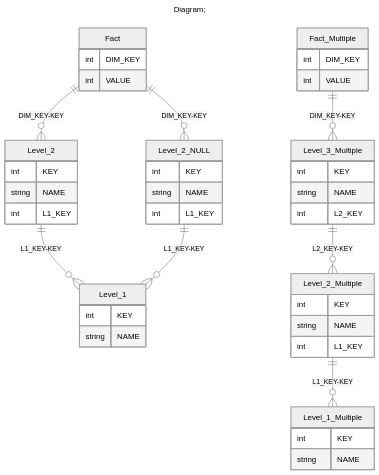
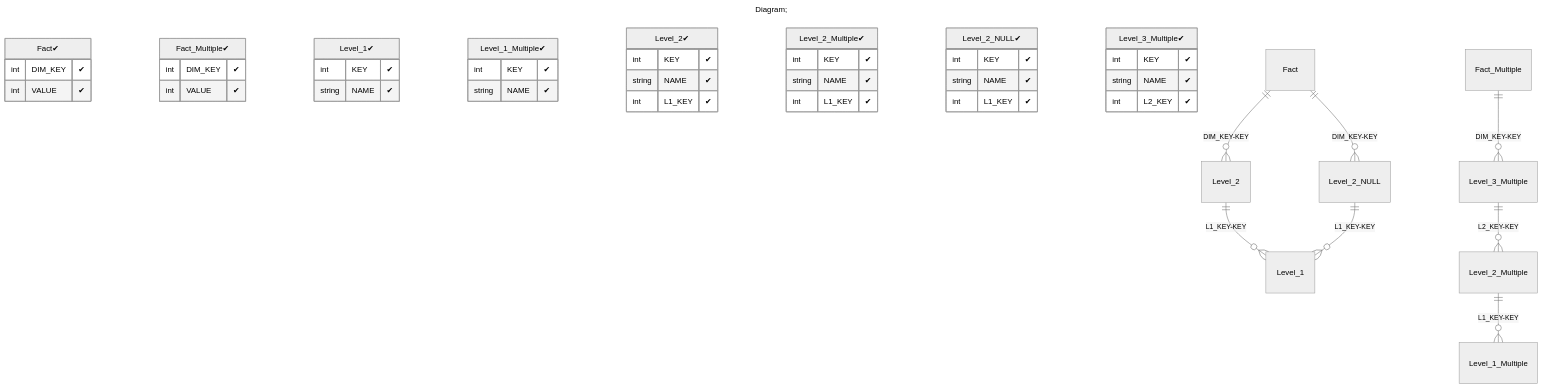
Before and after one commit to xmla-services/workground: the fifth of 5 diagrams in demo/server/catalogs/min_Level_hideMemberIf/README.MD, drawn with Mermaid (neutral theme). The commit also changed 44 other files, not shown here.

Commit message:
tutorials. add flags (positive, negative) in database diagram Signed-off-by: dbulahov <bulahovdenis@gmail.com>

````diff
--- a/demo/server/catalogs/min_Level_hideMemberIf/README.MD
+++ b/demo/server/catalogs/min_Level_hideMemberIf/README.MD
@@ -226,50 +226,50 @@
 ```mermaid
 ---
 title: Diagram;
 ---
 erDiagram
-Fact{
-int DIM_KEY
-int VALUE
+"Fact✔"{
+int DIM_KEY "✔"
+int VALUE "✔"
 }
-Fact_Multiple{
-int DIM_KEY
-int VALUE
+"Fact_Multiple✔"{
+int DIM_KEY "✔"
+int VALUE "✔"
 }
-Level_1{
-int KEY
-string NAME
+"Level_1✔"{
+int KEY "✔"
+string NAME "✔"
 }
-Level_1_Multiple{
-int KEY
-string NAME
+"Level_1_Multiple✔"{
+int KEY "✔"
+string NAME "✔"
 }
-Level_2{
-int KEY
-string NAME
-int L1_KEY
+"Level_2✔"{
+int KEY "✔"
+string NAME "✔"
+int L1_KEY "✔"
 }
-Level_2_Multiple{
-int KEY
-string NAME
-int L1_KEY
+"Level_2_Multiple✔"{
+int KEY "✔"
+string NAME "✔"
+int L1_KEY "✔"
 }
-Level_2_NULL{
-int KEY
-string NAME
-int L1_KEY
+"Level_2_NULL✔"{
+int KEY "✔"
+string NAME "✔"
+int L1_KEY "✔"
 }
-Level_3_Multiple{
-int KEY
-string NAME
-int L2_KEY
+"Level_3_Multiple✔"{
+int KEY "✔"
+string NAME "✔"
+int L2_KEY "✔"
 }
 
 "Fact" ||--o{ "Level_2" : "DIM_KEY-KEY"
 "Level_2" ||--o{ "Level_1" : "L1_KEY-KEY"
 "Fact" ||--o{ "Level_2_NULL" : "DIM_KEY-KEY"
 "Level_2_NULL" ||--o{ "Level_1" : "L1_KEY-KEY"
 "Fact_Multiple" ||--o{ "Level_3_Multiple" : "DIM_KEY-KEY"
 "Level_3_Multiple" ||--o{ "Level_2_Multiple" : "L2_KEY-KEY"
 "Level_2_Multiple" ||--o{ "Level_1_Multiple" : "L1_KEY-KEY"
 ```
````
